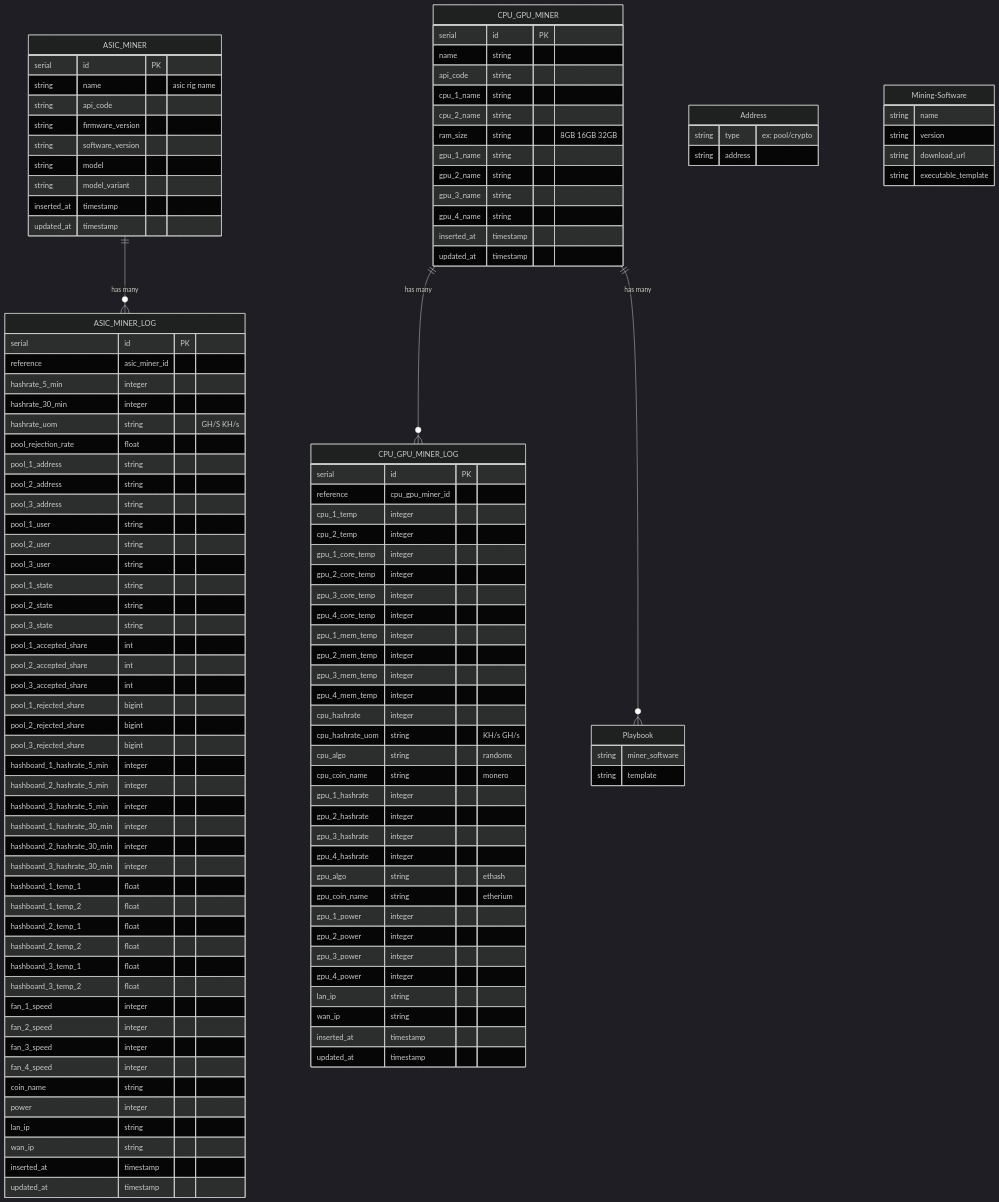
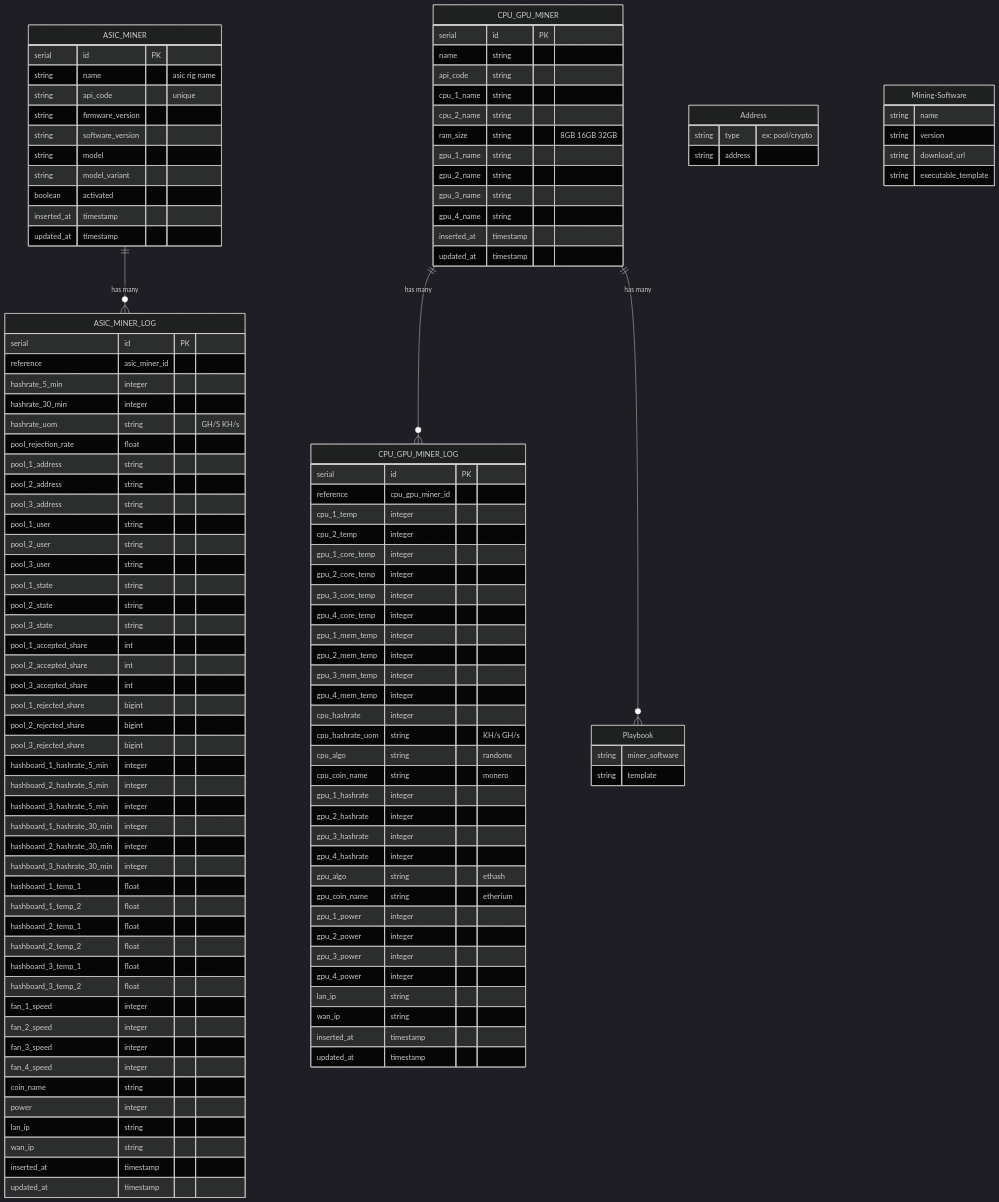
The diagram in docs/04.1.2-db-diagram-fullscreen.md (nguyenvinhlinh/Mining-Rig-Monitor-Document), drawn with Mermaid (dark theme) before and after one commit.

Commit message:
update db diagram!

```diff
--- a/docs/04.1.2-db-diagram-fullscreen.md
+++ b/docs/04.1.2-db-diagram-fullscreen.md
@@ -33,11 +33,12 @@
     ASIC_MINER {
         serial id PK
         string name "asic rig name"
-        string api_code
+        string api_code "unique"
         string firmware_version
         string software_version
         string model
         string model_variant
+        boolean activated
 
         inserted_at timestamp
         updated_at timestamp
```
